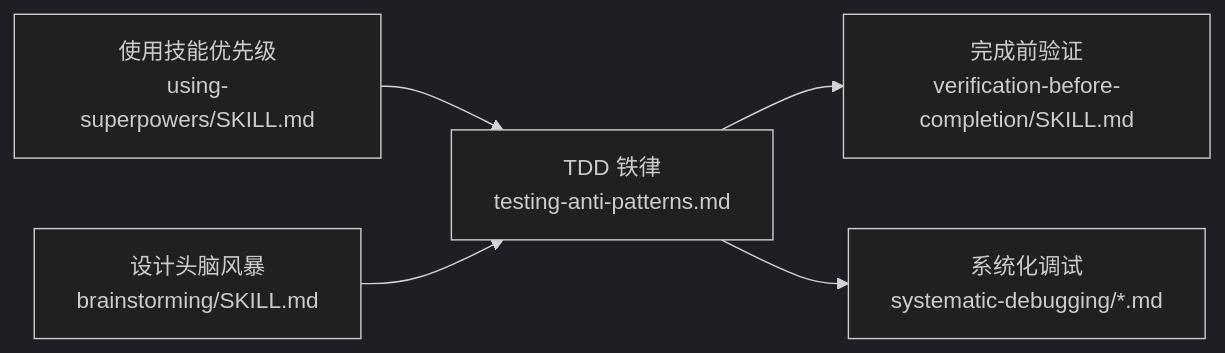
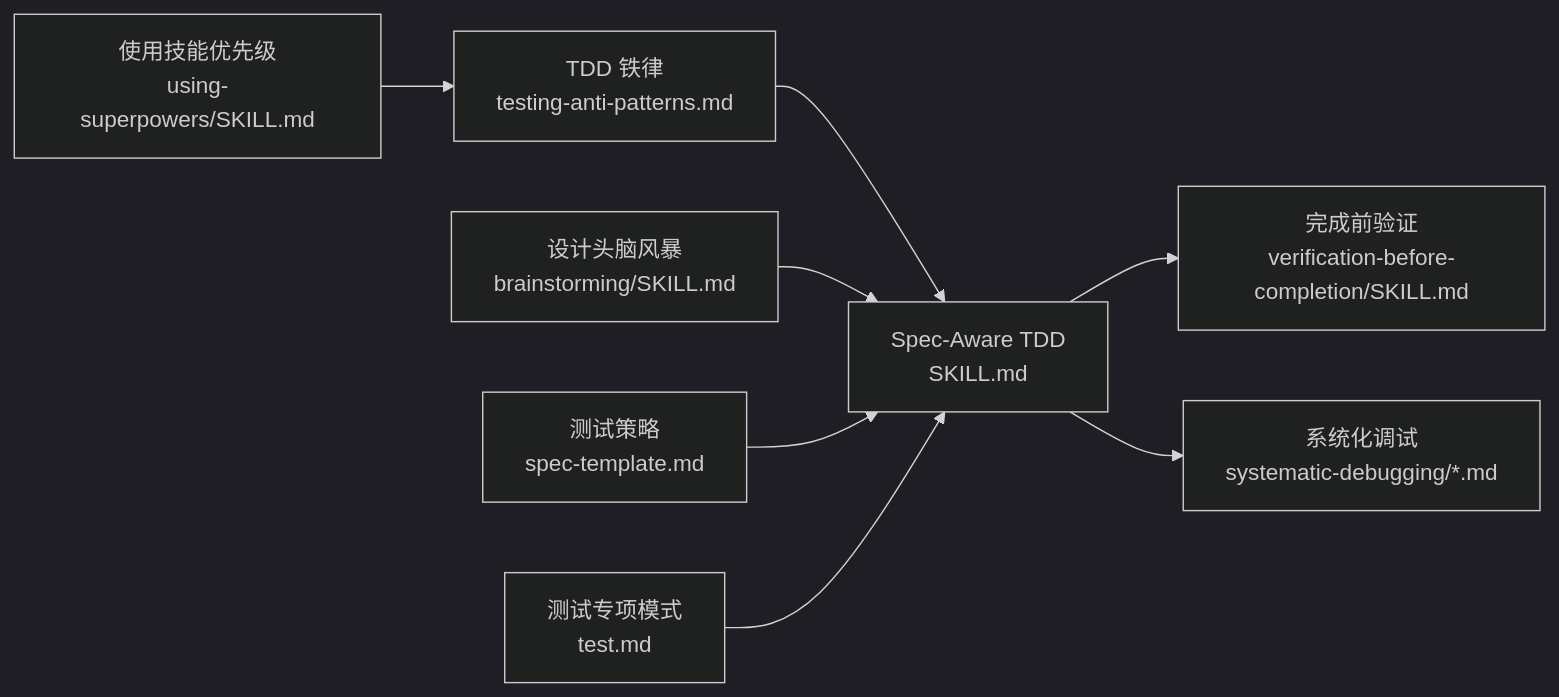
Before and after one commit to AngelWings1997/altas: the eighth of 8 diagrams in .qoder/repowiki/zh/content/超级能力模块/TDD 铁律.md, drawn with Mermaid (dark theme). The commit also changed other lines of this file and 22 other files, not shown here.

````diff
--- a/.qoder/repowiki/zh/content/超级能力模块/TDD 铁律.md
+++ b/.qoder/repowiki/zh/content/超级能力模块/TDD 铁律.md
@@ -251,7 +337,10 @@
 ```mermaid
 graph LR
 U["使用技能优先级<br/>using-superpowers/SKILL.md"] --> T["TDD 铁律<br/>testing-anti-patterns.md"]
-T --> V["完成前验证<br/>verification-before-completion/SKILL.md"]
-T --> D["系统化调试<br/>systematic-debugging/*.md"]
-B["设计头脑风暴<br/>brainstorming/SKILL.md"] --> T
+T --> SA["Spec-Aware TDD<br/>SKILL.md"]
+SA --> V["完成前验证<br/>verification-before-completion/SKILL.md"]
+SA --> D["系统化调试<br/>systematic-debugging/*.md"]
+B["设计头脑风暴<br/>brainstorming/SKILL.md"] --> SA
+ST["测试策略<br/>spec-template.md"] --> SA
+TS["测试专项模式<br/>test.md"] --> SA
 ```
````
